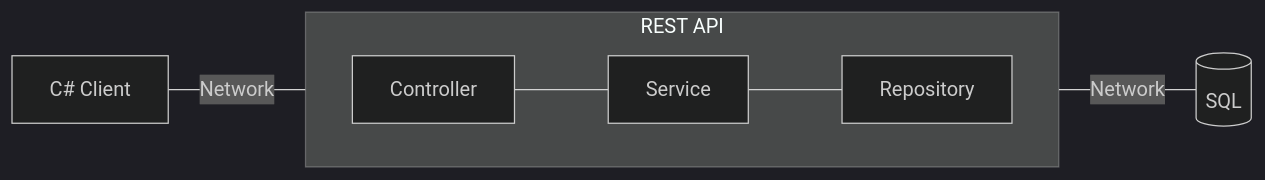
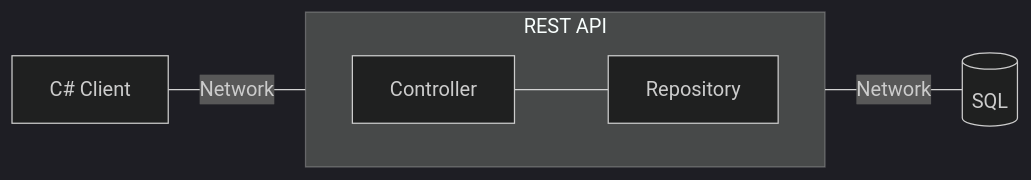
The diagram in README.md (HarrisonSlater/Harri.SchoolDemoAPI), drawn with Mermaid (dark theme) before and after one commit. The commit also changed other lines of this file, not shown here.

````diff
--- a/README.md
+++ b/README.md
@@ -26,13 +26,13 @@
 ```mermaid
 flowchart LR
 Client[C# Client]
 SQL[(SQL)]
 
 subgraph API[REST API]
 direction LR
-Controller---Service---Repository
+Controller---Repository
 end
 Client-- Network ---Controller
 Repository-- Network ---SQL
 
 ```
````
